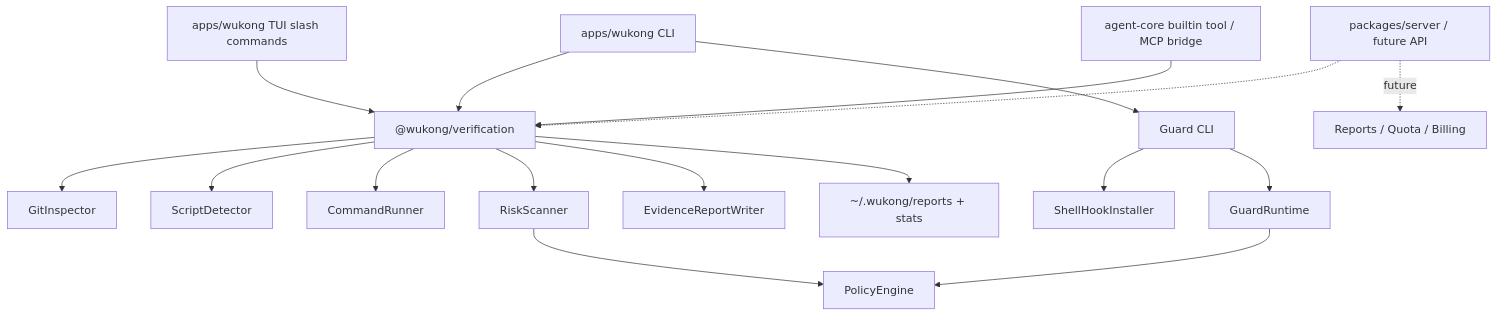
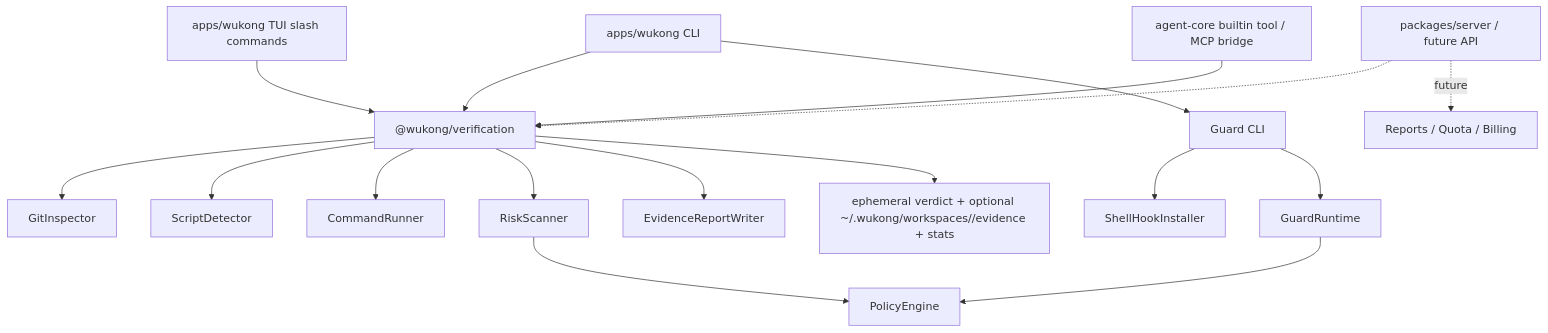
Before and after one commit to wukong-code/wukong_cli: the first of 4 diagrams in docs/tech/commercial-refactor-implementation.md, drawn with Mermaid. The commit also changed other lines of this file and 101 other files, not shown here.

````diff
--- a/docs/tech/commercial-refactor-implementation.md
+++ b/docs/tech/commercial-refactor-implementation.md
@@ -97,22 +98,22 @@
 ```mermaid
 flowchart TD
   CLI["apps/wukong CLI"] --> Verification["@wukong/verification"]
   TUI["apps/wukong TUI slash commands"] --> Verification
   AgentTool["agent-core builtin tool / MCP bridge"] --> Verification
   Server["packages/server / future API"] -.-> Verification
 
   Verification --> GitInspector["GitInspector"]
   Verification --> ScriptDetector["ScriptDetector"]
   Verification --> CommandRunner["CommandRunner"]
   Verification --> RiskScanner["RiskScanner"]
   Verification --> ReportWriter["EvidenceReportWriter"]
 
   CLI --> Guard["Guard CLI"]
   Guard --> GuardInstaller["ShellHookInstaller"]
   Guard --> GuardRuntime["GuardRuntime"]
   GuardRuntime --> PolicyEngine["PolicyEngine"]
   RiskScanner --> PolicyEngine
 
   Server -. future .-> CloudData["Reports / Quota / Billing"]
-  Verification --> LocalStore["~/.wukong/reports + stats"]
+  Verification --> LocalStore["ephemeral verdict + optional ~/.wukong/workspaces/<repo-id>/evidence + stats"]
 ```
````
